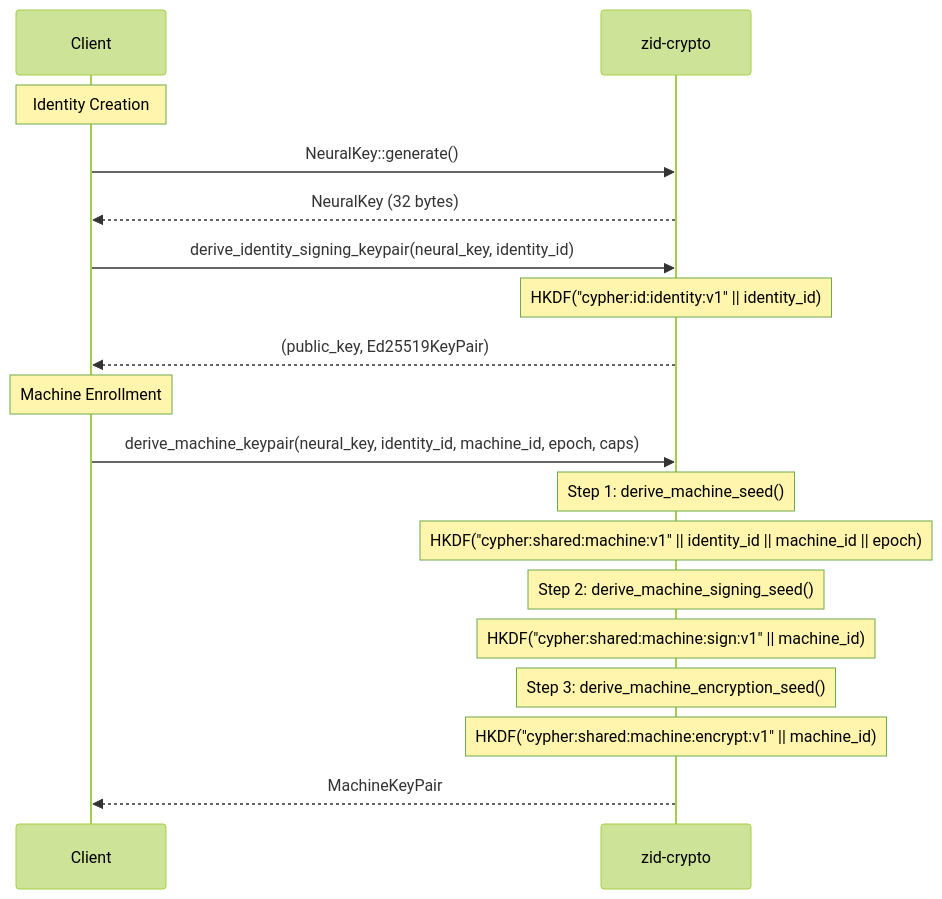
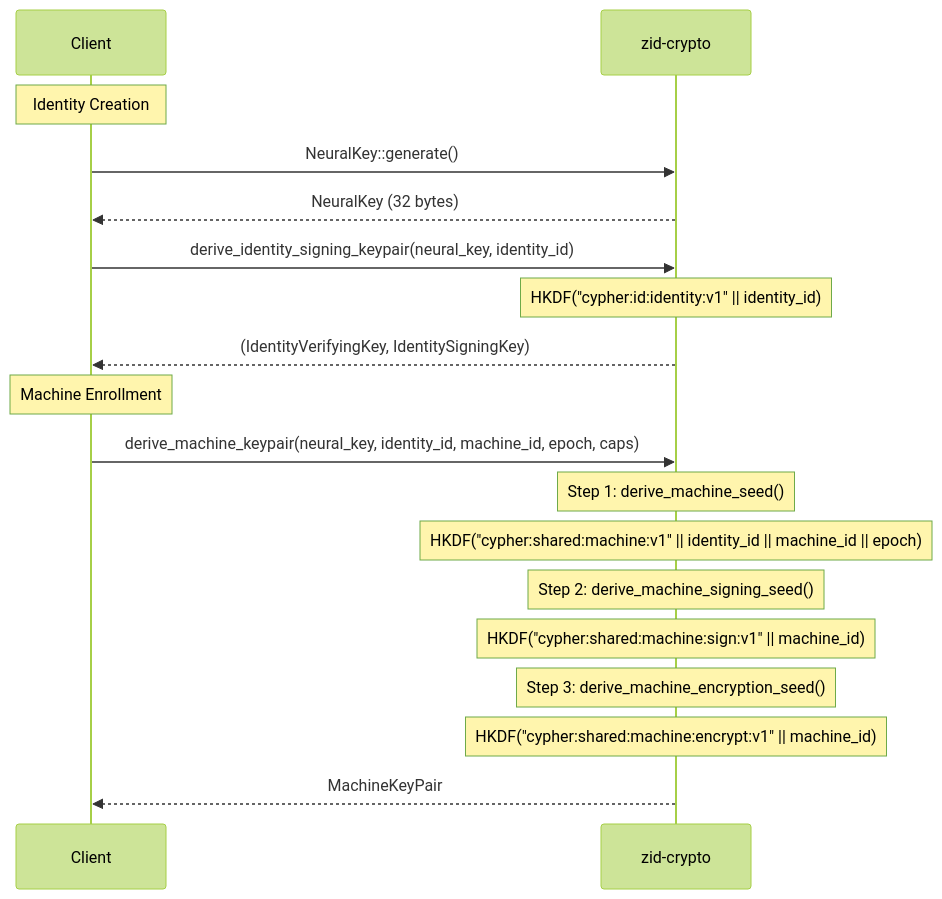
The fourth of 6 diagrams in docs/spec/v0.1.0/01-crypto.md (cypher-asi/zero-auth), drawn with Mermaid (forest theme) before and after one commit. The commit also changed other lines of this file and 13 other files, not shown here.

First line of the commit message:
docs: remove Ed25519KeyPair, sign_message, and classical-only references from all documentation to reflect PQ-Hybrid migration

````diff
--- a/docs/spec/v0.1.0/01-crypto.md
+++ b/docs/spec/v0.1.0/01-crypto.md
@@ -522,23 +544,23 @@
 ```mermaid
 sequenceDiagram
     participant Client
     participant Crypto as zid-crypto
     
     Note over Client: Identity Creation
     Client->>Crypto: NeuralKey::generate()
     Crypto-->>Client: NeuralKey (32 bytes)
     
     Client->>Crypto: derive_identity_signing_keypair(neural_key, identity_id)
     Note over Crypto: HKDF("cypher:id:identity:v1" || identity_id)
-    Crypto-->>Client: (public_key, Ed25519KeyPair)
+    Crypto-->>Client: (IdentityVerifyingKey, IdentitySigningKey)
     
     Note over Client: Machine Enrollment
     Client->>Crypto: derive_machine_keypair(neural_key, identity_id, machine_id, epoch, caps)
     Note over Crypto: Step 1: derive_machine_seed()
     Note over Crypto: HKDF("cypher:shared:machine:v1" || identity_id || machine_id || epoch)
     Note over Crypto: Step 2: derive_machine_signing_seed()
     Note over Crypto: HKDF("cypher:shared:machine:sign:v1" || machine_id)
     Note over Crypto: Step 3: derive_machine_encryption_seed()
     Note over Crypto: HKDF("cypher:shared:machine:encrypt:v1" || machine_id)
     Crypto-->>Client: MachineKeyPair
 ```
````
